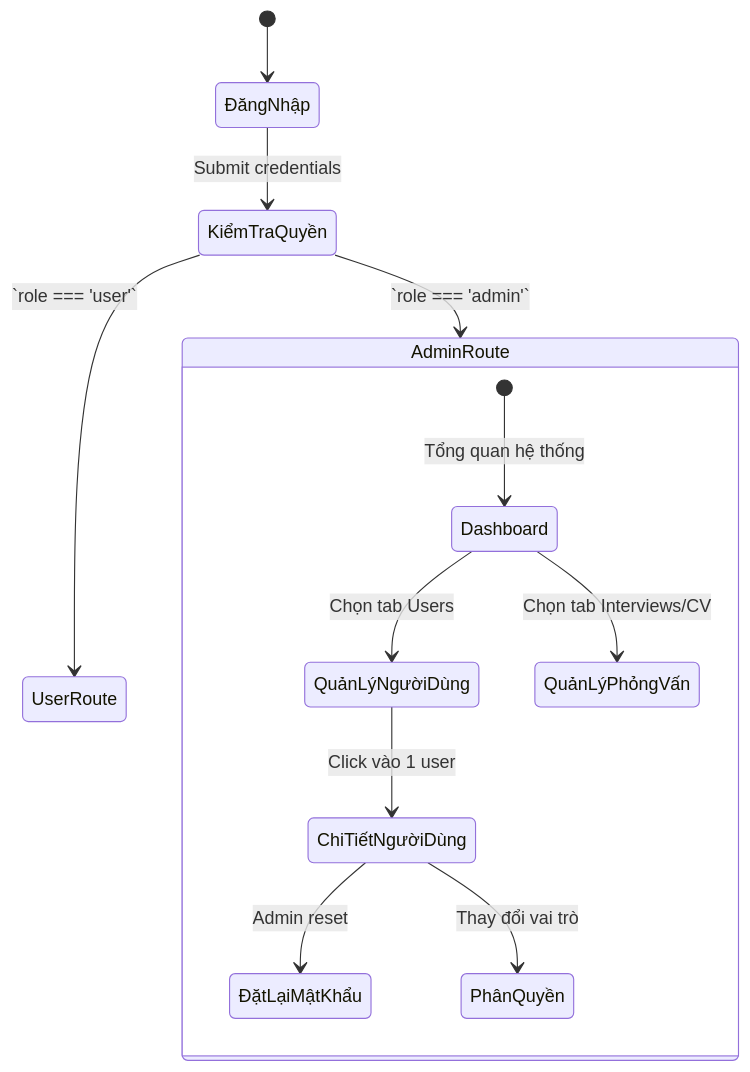
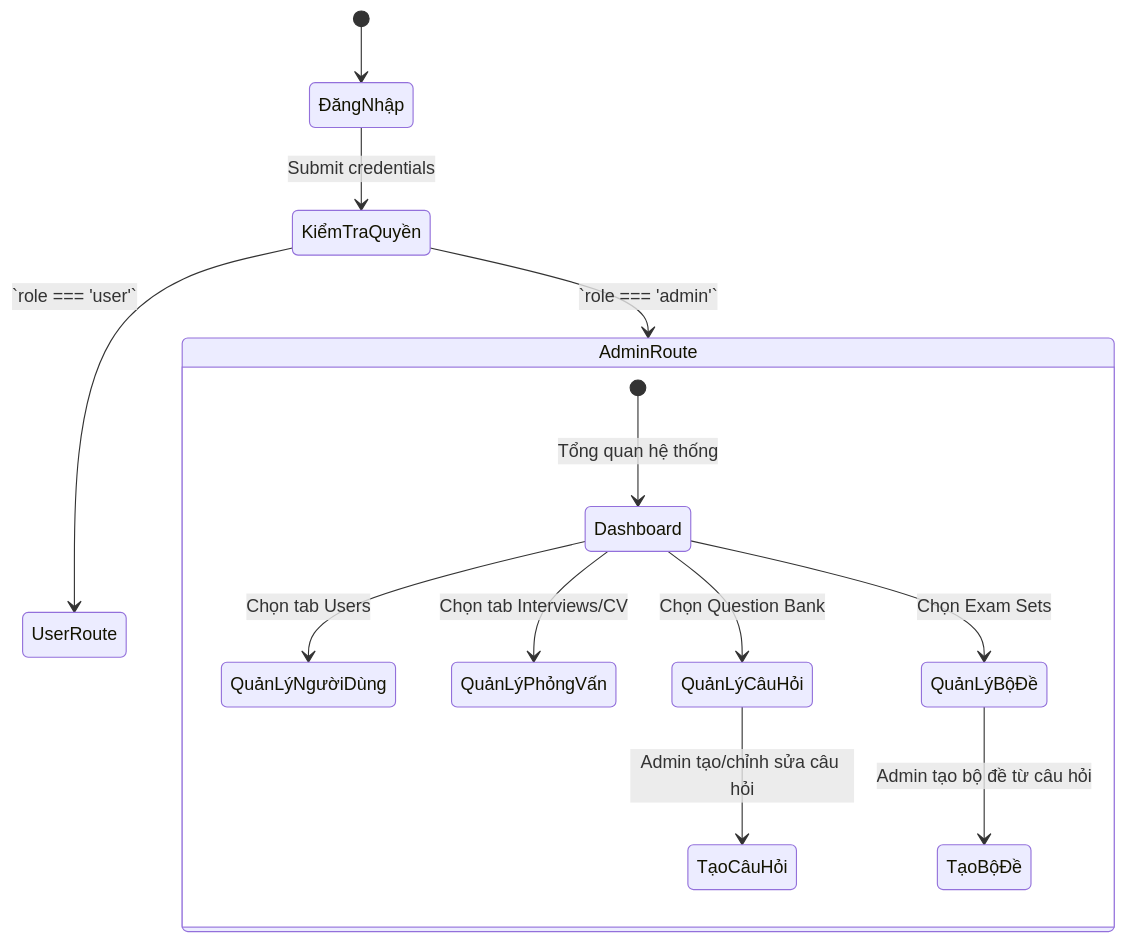
Before and after one commit to nguyendinhhieu1210/AI_InterView: the diagram in document/06_sprints/sprint_9.md, drawn with Mermaid. The commit also changed other lines of this file and 32 other files, not shown here.

````diff
--- a/document/06_sprints/sprint_9.md
+++ b/document/06_sprints/sprint_9.md
@@ -22,16 +23,17 @@
 ```mermaid
 stateDiagram-v2
     [*] --> ĐăngNhập
     ĐăngNhập --> KiểmTraQuyền: Submit credentials
     KiểmTraQuyền --> UserRoute: `role === 'user'`
     KiểmTraQuyền --> AdminRoute: `role === 'admin'`
-    
+
     state AdminRoute {
         [*] --> Dashboard: Tổng quan hệ thống
         Dashboard --> QuảnLýNgườiDùng: Chọn tab Users
         Dashboard --> QuảnLýPhỏngVấn: Chọn tab Interviews/CV
-        QuảnLýNgườiDùng --> ChiTiếtNgườiDùng: Click vào 1 user
-        ChiTiếtNgườiDùng --> ĐặtLạiMậtKhẩu: Admin reset
-        ChiTiếtNgườiDùng --> PhânQuyền: Thay đổi vai trò
+        Dashboard --> QuảnLýCâuHỏi: Chọn Question Bank
+        Dashboard --> QuảnLýBộĐề: Chọn Exam Sets
+        QuảnLýCâuHỏi --> TạoCâuHỏi: Admin tạo/chỉnh sửa câu hỏi
+        QuảnLýBộĐề --> TạoBộĐề: Admin tạo bộ đề từ câu hỏi
     }
 ```
````
